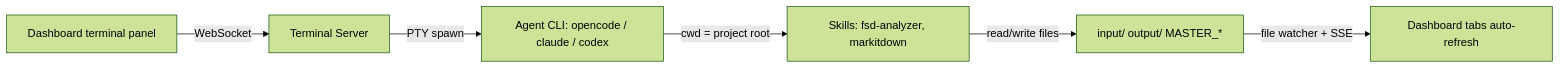
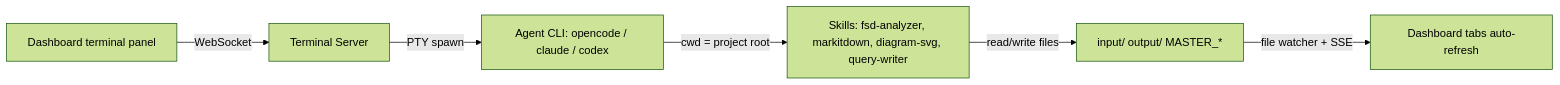
One commit to rogasper/onesist changed the diagram in docs/en/00-overview.md. Above: the diagram before and after it, drawn with Mermaid (forest theme). The commit also changed other lines of this file and 33 other files, not shown here.

Commit message:
feat: update docs and diagram-svg

````diff
--- a/docs/en/00-overview.md
+++ b/docs/en/00-overview.md
@@ -41,8 +41,8 @@
 ```mermaid
 flowchart LR
   UI[Dashboard terminal panel] -->|WebSocket| WS[Terminal Server]
   WS -->|PTY spawn| CLI[Agent CLI: opencode / claude / codex]
-  CLI -->|cwd = project root| SK[Skills: fsd-analyzer, markitdown]
+  CLI -->|cwd = project root| SK[Skills: fsd-analyzer, markitdown, diagram-svg, query-writer]
   SK -->|read/write files| FS[input/ output/ MASTER_*]
   FS -->|file watcher + SSE| UI2[Dashboard tabs auto-refresh]
 ```
````
